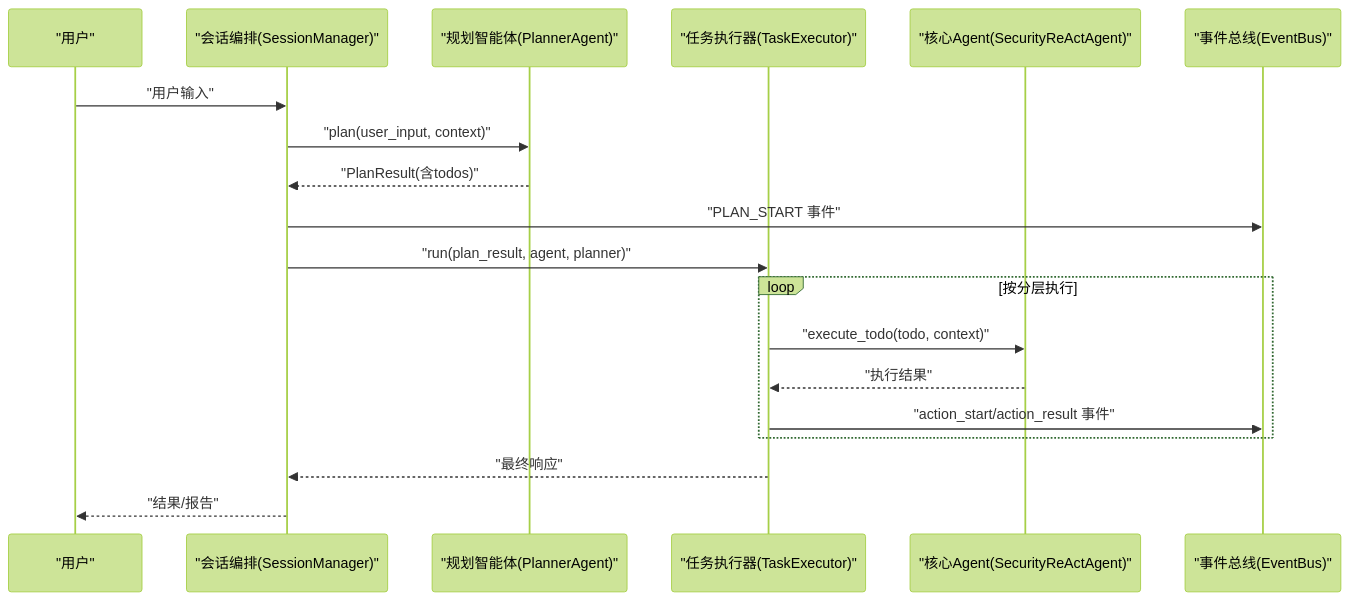
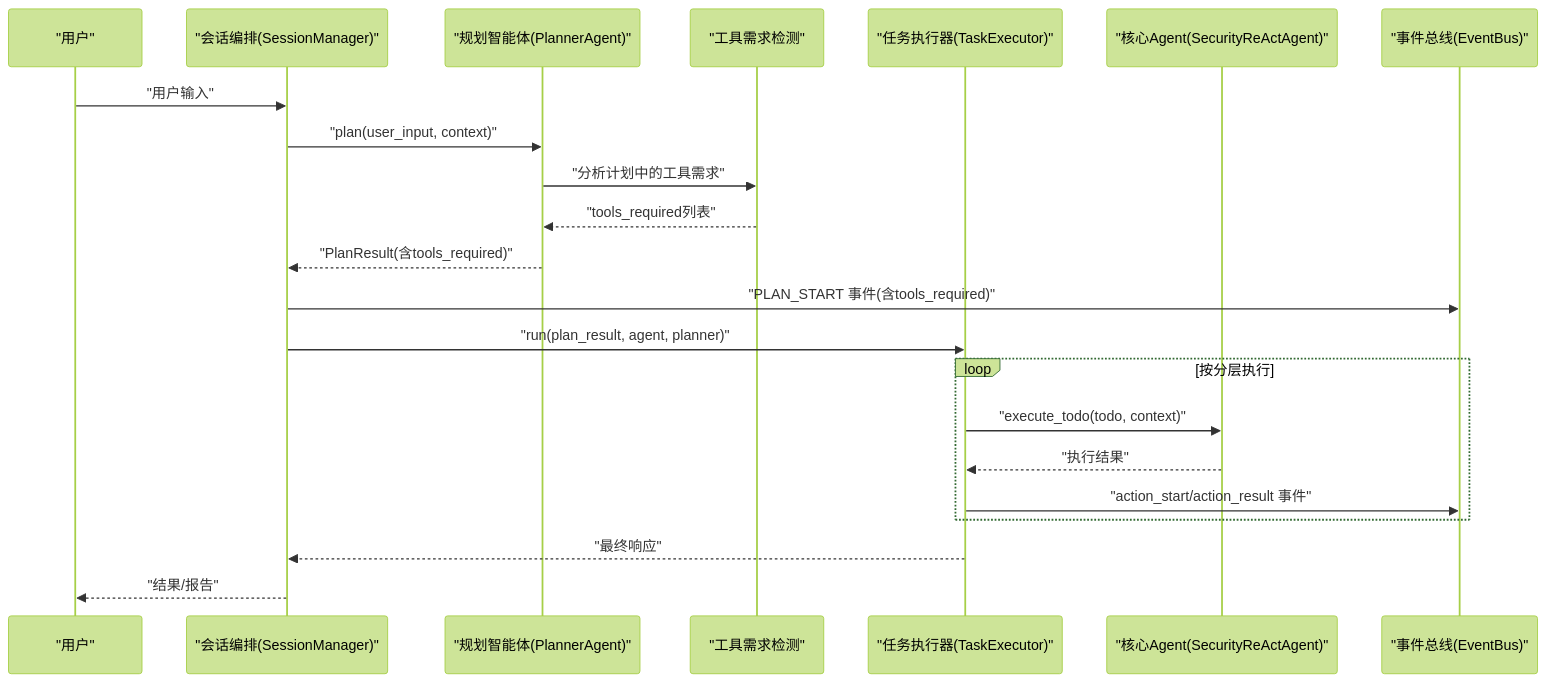
The second of 6 diagrams in .qoder/repowiki/zh/content/项目概述/核心功能特性/多智能体协作系统/规划智能体.md (iammm0/secbot), drawn with Mermaid (forest theme) before and after one commit. The commit also changed other lines of this file and 9 other files, not shown here.

````diff
--- a/.qoder/repowiki/zh/content/项目概述/核心功能特性/多智能体协作系统/规划智能体.md
+++ b/.qoder/repowiki/zh/content/项目概述/核心功能特性/多智能体协作系统/规划智能体.md
@@ -83,21 +94,24 @@
 ```mermaid
 sequenceDiagram
 participant U as "用户"
 participant SM as "会话编排(SessionManager)"
 participant PA as "规划智能体(PlannerAgent)"
+participant TR as "工具需求检测"
 participant TE as "任务执行器(TaskExecutor)"
 participant SA as "核心Agent(SecurityReActAgent)"
 participant EB as "事件总线(EventBus)"
 U->>SM : "用户输入"
 SM->>PA : "plan(user_input, context)"
-PA-->>SM : "PlanResult(含todos)"
-SM->>EB : "PLAN_START 事件"
+PA->>TR : "分析计划中的工具需求"
+TR-->>PA : "tools_required列表"
+PA-->>SM : "PlanResult(含tools_required)"
+SM->>EB : "PLAN_START 事件(含tools_required)"
 SM->>TE : "run(plan_result, agent, planner)"
 loop 按分层执行
 TE->>SA : "execute_todo(todo, context)"
 SA-->>TE : "执行结果"
 TE->>EB : "action_start/action_result 事件"
 end
 TE-->>SM : "最终响应"
 SM-->>U : "结果/报告"
 ```
````
